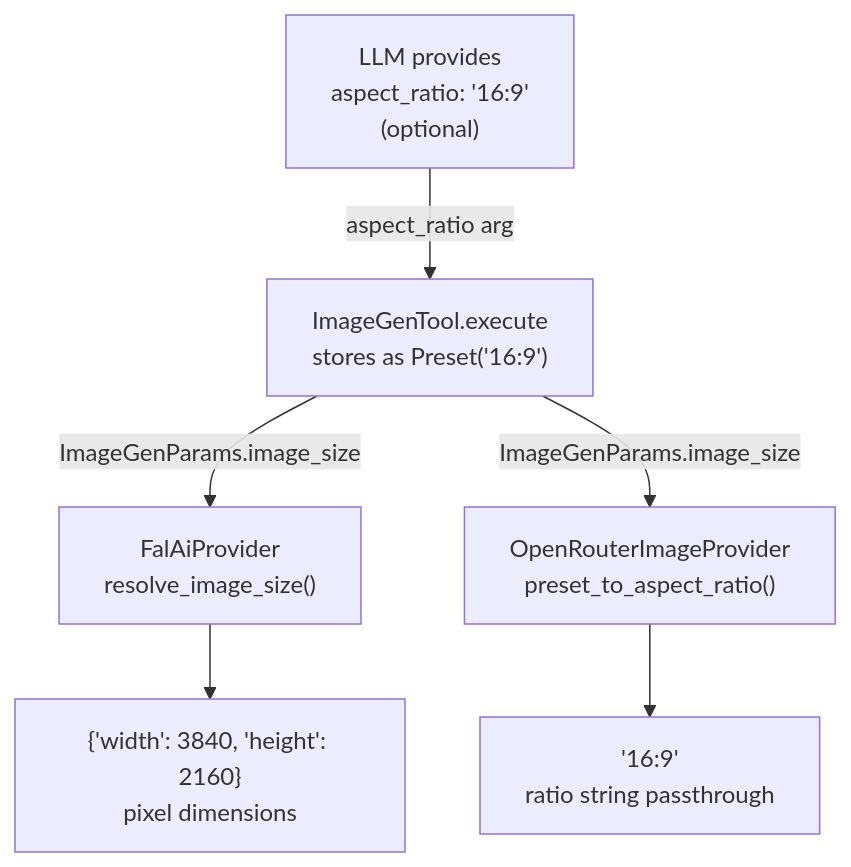
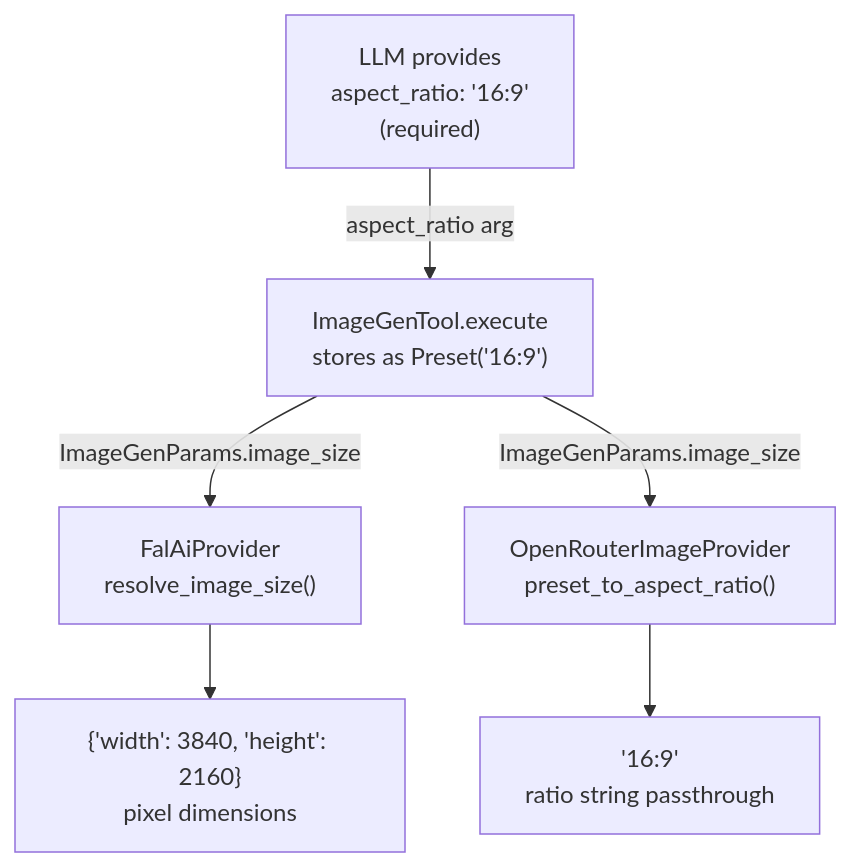
The fourth of 5 diagrams in _dfds/tools/image-gen.md (cosmoswafer/rockbot), drawn with Mermaid before and after one commit. The commit also changed other lines of this file and 3 other files, not shown here.

Commit message:
image-gen: make aspect_ratio required from LLM (drop config fallback)

````diff
--- a/_dfds/tools/image-gen.md
+++ b/_dfds/tools/image-gen.md
@@ -109,15 +108,15 @@
 ```mermaid
 flowchart TD
-    LLM["LLM provides<br/>aspect_ratio: '16:9'<br/>(optional)"]
+    LLM["LLM provides<br/>aspect_ratio: '16:9'<br/>(required)"]
     TOOL["ImageGenTool.execute<br/>stores as Preset('16:9')"]
     FAL["FalAiProvider<br/>resolve_image_size()"]
     OR["OpenRouterImageProvider<br/>preset_to_aspect_ratio()"]
     FAL_OUT["{'width': 3840, 'height': 2160}<br/>pixel dimensions"]
     OR_OUT["'16:9'<br/>ratio string passthrough"]
 
     LLM -->|"aspect_ratio arg"| TOOL
     TOOL -->|"ImageGenParams.image_size"| FAL
     TOOL -->|"ImageGenParams.image_size"| OR
     FAL --> FAL_OUT
     OR --> OR_OUT
 ```
````
